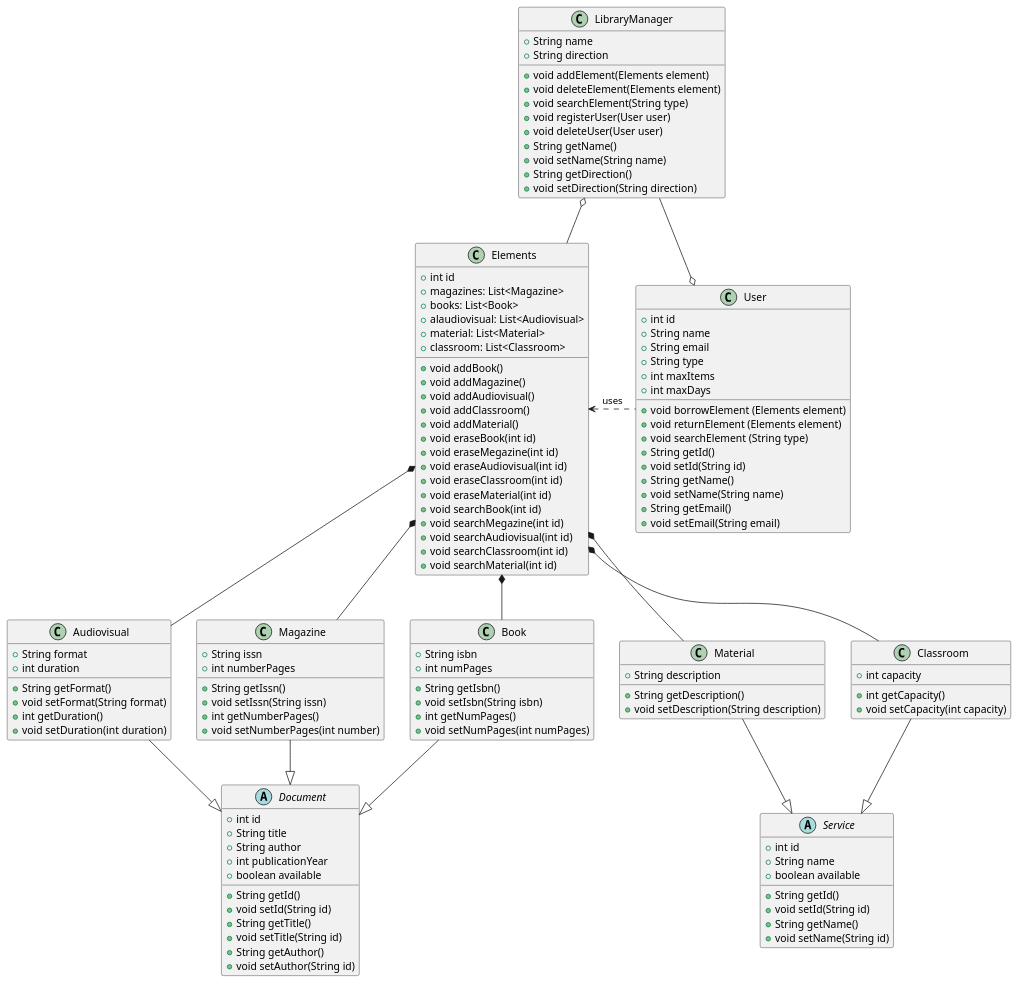
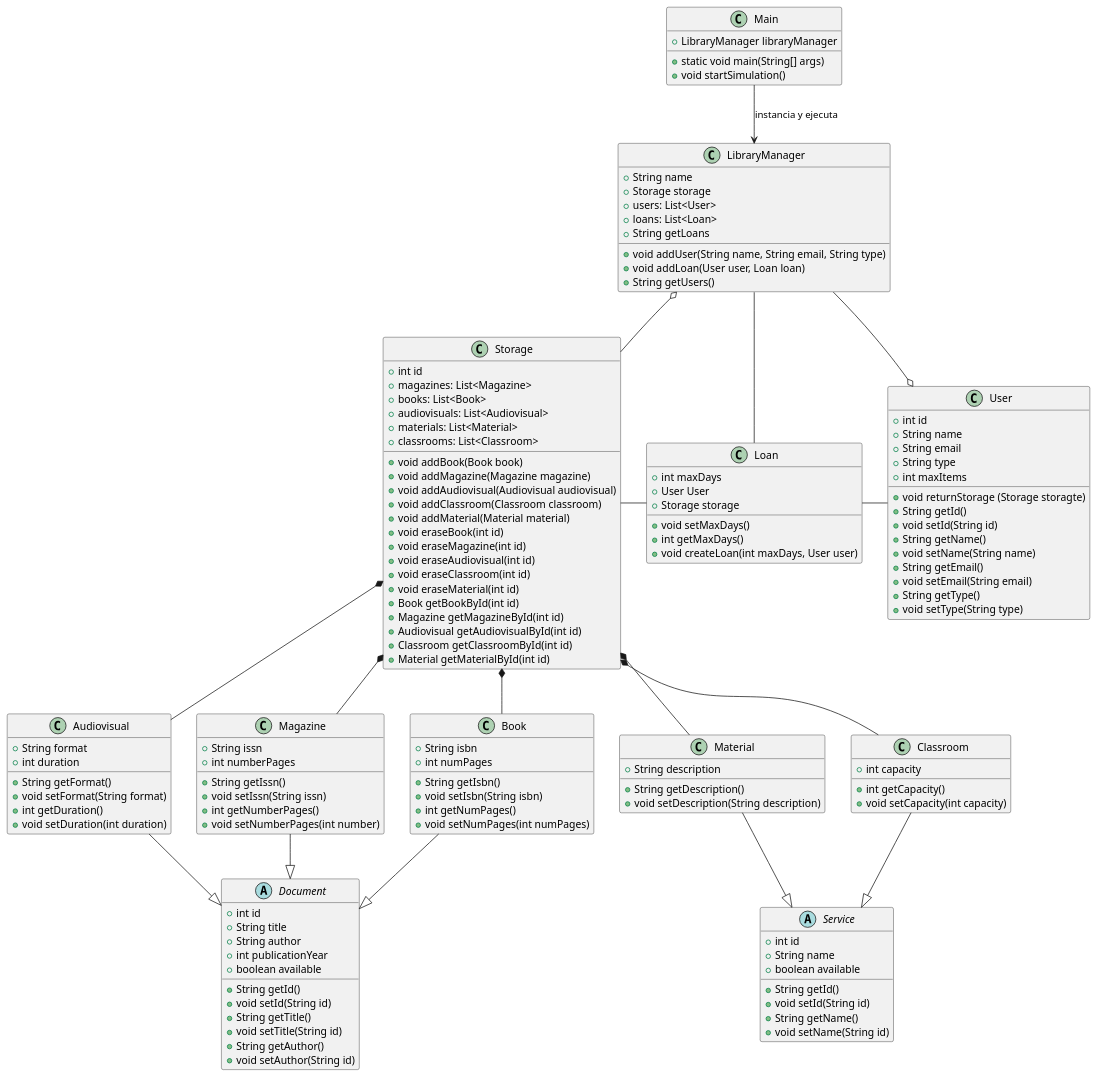
Before and after one commit to sara-patino/24-25-IdSw2-SDD: the diagram in modelosUML/DiagramaDeClases.puml, drawn with PlantUML. The commit also changed 1 other file, not shown here.

Commit message:
actualizacion diagrama de clases

```diff
--- a/modelosUML/DiagramaDeClases.puml
+++ b/modelosUML/DiagramaDeClases.puml
@@ -1,137 +1,150 @@
 @startuml
-
-LibraryManager o-- Elements
+Main --> LibraryManager : "instancia y ejecuta"
+LibraryManager o-- Storage
 LibraryManager --o User
-Elements <.right. User : uses
-Elements *-- Book
-Elements *-- Magazine
-Elements *-- Material
-Elements *-- Classroom
-Elements *-- Audiovisual
+LibraryManager -- Loan
+Storage -right- Loan
+Loan -right- User
+Storage *-- Book
+Storage *-- Magazine
+Storage *-- Material
+Storage *-- Classroom
+Storage *-- Audiovisual
 Service <|-up- Classroom
 Service <|-up- Material
 Document <|-up- Book
 Document <|-up- Magazine
 Document <|-up- Audiovisual
 
 class Material {
     +String description
     +String getDescription()
     +void setDescription(String description)
 }
 
-class Elements {
-    +int id
-    +magazines: List<Magazine> 
-    +books: List<Book> 
-    +alaudiovisual: List<Audiovisual>
-    +material: List<Material>
-    +classroom: List<Classroom>
-    +void addBook()
-    +void addMagazine()
-    +void addAudiovisual()
-    +void addClassroom()
-    +void addMaterial()
-    +void eraseBook(int id)
-    +void eraseMegazine(int id)
-    +void eraseAudiovisual(int id)
-    +void eraseClassroom(int id)
-    +void eraseMaterial(int id)
-    +void searchBook(int id)
-    +void searchMegazine(int id)
-    +void searchAudiovisual(int id)
-    +void searchClassroom(int id)
-    +void searchMaterial(int id)
+class Storage {
+    + int id
+    + magazines: List<Magazine> 
+    + books: List<Book> 
+    + audiovisuals: List<Audiovisual>
+    + materials: List<Material>
+    + classrooms: List<Classroom>
+    + void addBook(Book book)
+    + void addMagazine(Magazine magazine)
+    + void addAudiovisual(Audiovisual audiovisual)
+    + void addClassroom(Classroom classroom)
+    + void addMaterial(Material material)
+    + void eraseBook(int id)
+    + void eraseMagazine(int id)
+    + void eraseAudiovisual(int id)
+    + void eraseClassroom(int id)
+    + void eraseMaterial(int id)
+    + Book getBookById(int id)
+    + Magazine getMagazineById(int id)
+    + Audiovisual getAudiovisualById(int id)
+    + Classroom getClassroomById(int id)
+    + Material getMaterialById(int id)
 }
 
 abstract class Document {
     +int id
     +String title
     +String author
     +int publicationYear
     +boolean available
     +String getId()
     +void setId(String id)
     +String getTitle()
     +void setTitle(String id)
     +String getAuthor()
     +void setAuthor(String id)
     
 }
 
 class User {
     +int id
     +String name
     +String email
     +String type
     +int maxItems
-    +int maxDays
-    +void borrowElement (Elements element)
-    +void returnElement (Elements element)
-    +void searchElement (String type)
+    +void returnStorage (Storage storagte)
     +String getId()
     +void setId(String id)
     +String getName()
     +void setName(String name)
     +String getEmail()
     +void setEmail(String email)
+    +String getType()
+    +void setType(String type)
 }
 
 class Book {
     +String isbn
     +int numPages
     +String getIsbn()
     +void setIsbn(String isbn)
     +int getNumPages()
     +void setNumPages(int numPages)
 }
 
 class Classroom {
     +int capacity
     +int getCapacity()
     +void setCapacity(int capacity)
 }
 
 abstract class Service {
     +int id
     +String name
     +boolean available
     +String getId()
     +void setId(String id)
     +String getName()
     +void setName(String id)
 }
 
 class Magazine {
     +String issn
     +int numberPages
     +String getIssn()
     +void setIssn(String issn)
     +int getNumberPages()
     +void setNumberPages(int number)
 }
 
 class Audiovisual {
     +String format
     +int duration
     +String getFormat()
     +void setFormat(String format)
     +int getDuration()
     +void setDuration(int duration)
 }
 
 class LibraryManager {
     +String name
-    +String direction
-    +void addElement(Elements element)
-    +void deleteElement(Elements element)
-    +void searchElement(String type)
-    +void registerUser(User user)
-    +void deleteUser(User user)
-    +String getName()
-    +void setName(String name)
-    +String getDirection()
-    +void setDirection(String direction)
+    +Storage storage
+    +users: List<User>
+    +loans: List<Loan>
+    +void addUser(String name, String email, String type)
+    +void addLoan(User user, Loan loan)
+    +String getUsers()
+    +String getLoans
+}
+
+class Main {
+    +LibraryManager libraryManager
+    +static void main(String[] args)
+    +void startSimulation()
+}
+
+class Loan {
+  +int maxDays
+  +User User
+  +Storage storage
+  +void setMaxDays()
+  +int getMaxDays()
+  +void createLoan(int maxDays, User user)
 }
 
 @enduml
```
